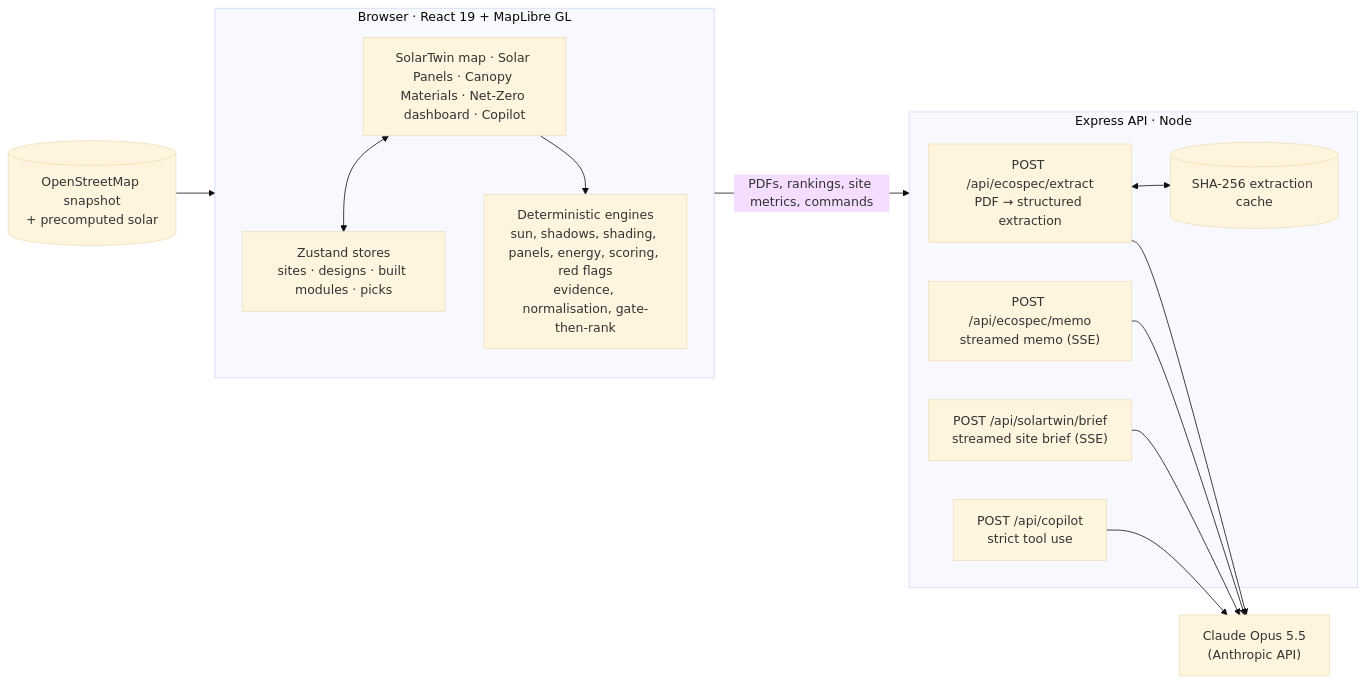
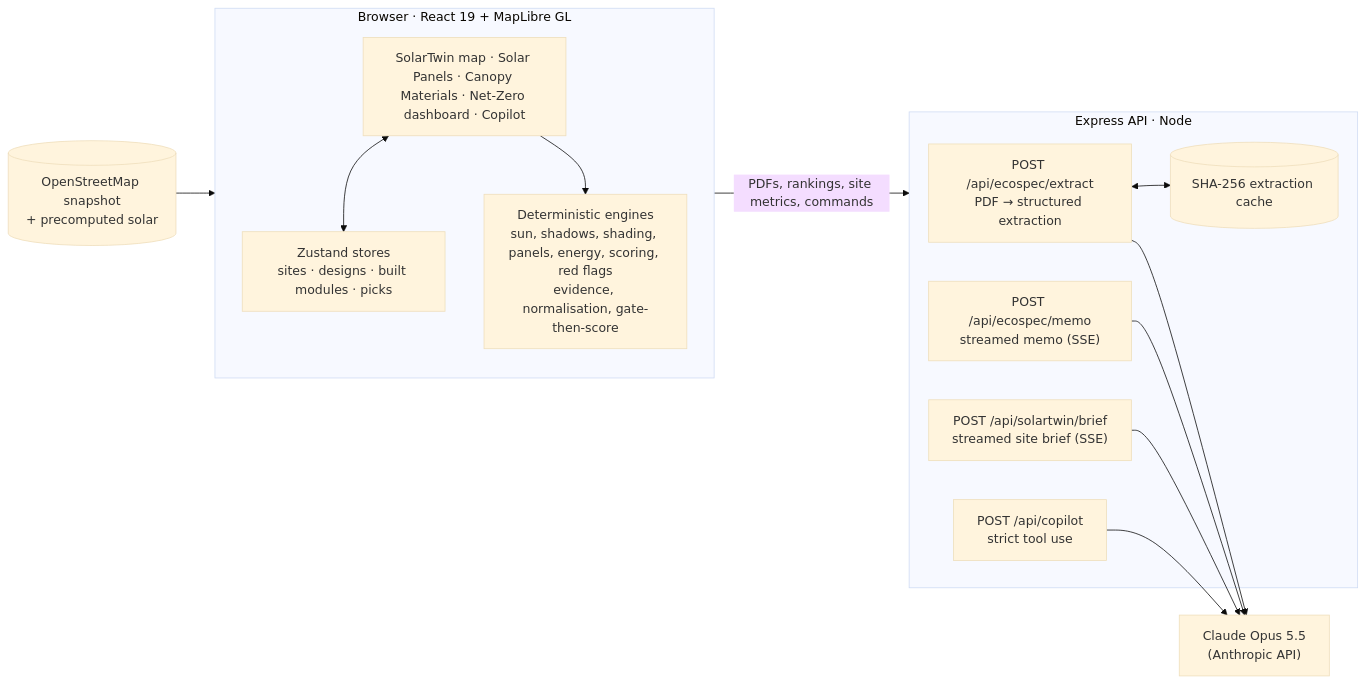
Before and after one commit to TeyYongZhun/TerraTwin-Hackathon: the diagram in README.md, drawn with Mermaid (base theme). The commit also changed other lines of this file, not shown here.

````diff
--- a/README.md
+++ b/README.md
@@ -100,24 +112,24 @@
 ```mermaid
 flowchart LR
   subgraph Browser["Browser · React 19 + MapLibre GL"]
     direction TB
     UI["SolarTwin map · Solar Panels · Canopy Materials · Net-Zero dashboard · Copilot"]
-    ENG["Deterministic engines<br/>sun, shadows, shading, panels, energy, scoring, red flags<br/>evidence, normalisation, gate-then-rank"]
+    ENG["Deterministic engines<br/>sun, shadows, shading, panels, energy, scoring, red flags<br/>evidence, normalisation, gate-then-score"]
     STORE["Zustand stores<br/>sites · designs · built modules · picks"]
     UI <--> STORE
     UI --> ENG
   end
   subgraph Server["Express API · Node"]
     EXT["POST /api/ecospec/extract<br/>PDF → structured extraction"]
     MEMO["POST /api/ecospec/memo<br/>streamed memo (SSE)"]
     BRIEF["POST /api/solartwin/brief<br/>streamed site brief (SSE)"]
     COP["POST /api/copilot<br/>strict tool use"]
     CACHE[("SHA-256 extraction cache")]
     EXT <--> CACHE
   end
   OSM[("OpenStreetMap snapshot<br/>+ precomputed solar")]
   CLAUDE["Claude Opus 5.5<br/>(Anthropic API)"]
   OSM --> ENG
   UI -- "PDFs, rankings, site metrics, commands" --> Server
   EXT & MEMO & BRIEF & COP --> CLAUDE
 ```
````
